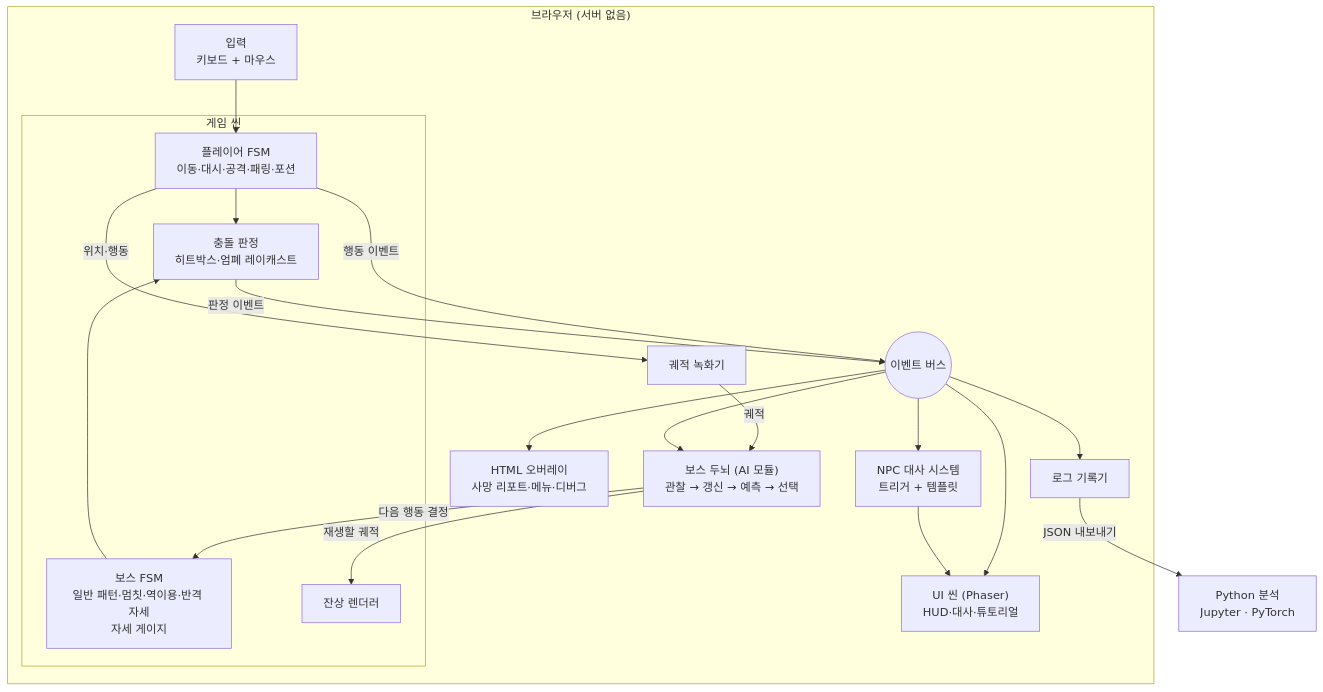
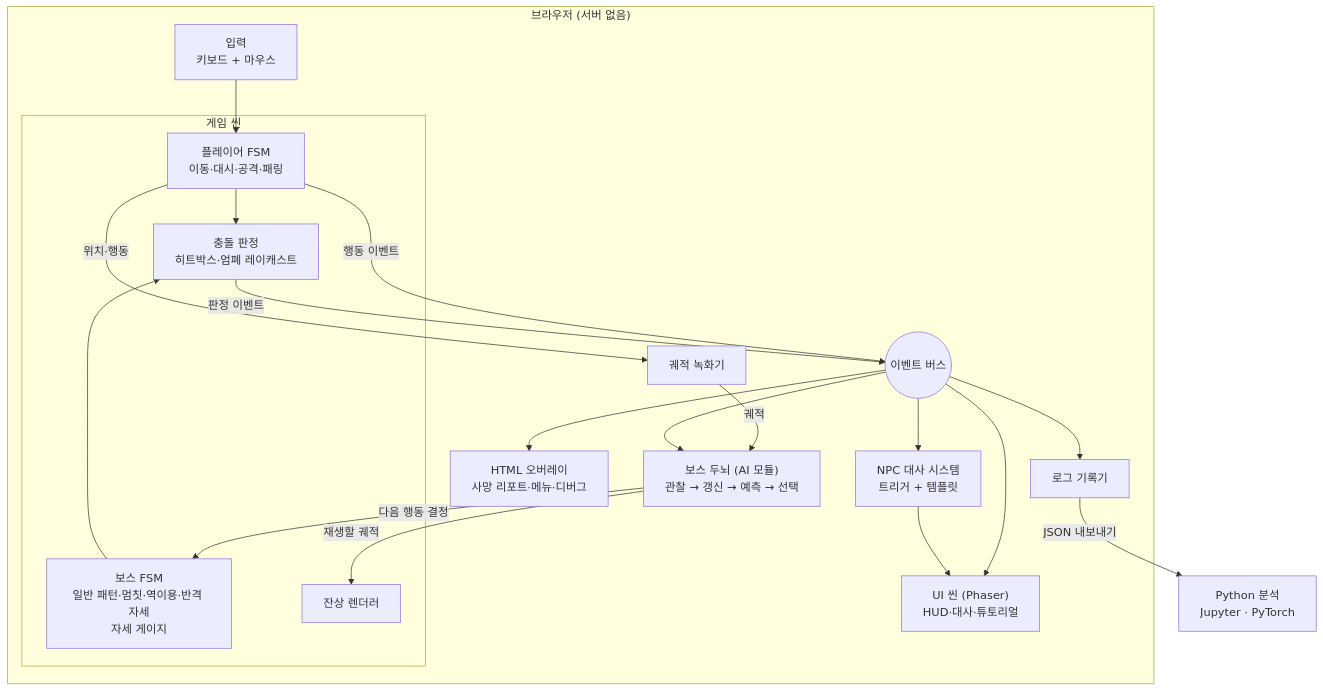
Before and after one commit to gisuk2/read-me-game: the diagram in docs/00_project-plan.md, drawn with Mermaid. The commit also changed other lines of this file and 44 other files, not shown here.

````diff
--- a/docs/00_project-plan.md
+++ b/docs/00_project-plan.md
@@ -250,37 +250,37 @@
 ```mermaid
 flowchart TB
     subgraph Browser["브라우저 (서버 없음)"]
         Input["입력<br/>키보드 + 마우스"]
         subgraph GameScene["게임 씬"]
-            Player["플레이어 FSM<br/>이동·대시·공격·패링·포션"]
+            Player["플레이어 FSM<br/>이동·대시·공격·패링"]
             Boss["보스 FSM<br/>일반 패턴·멈칫·역이용·반격 자세<br/>자세 게이지"]
             Combat["충돌 판정<br/>히트박스·엄폐 레이캐스트"]
             Ghost["잔상 렌더러"]
         end
         Recorder["궤적 녹화기"]
         Brain["보스 두뇌 (AI 모듈)<br/>관찰 → 갱신 → 예측 → 선택"]
         Bus(("이벤트 버스"))
         NPC["NPC 대사 시스템<br/>트리거 + 템플릿"]
         UIScene["UI 씬 (Phaser)<br/>HUD·대사·튜토리얼"]
         Overlay["HTML 오버레이<br/>사망 리포트·메뉴·디버그"]
         Logger["로그 기록기"]
     end
     Analysis["Python 분석<br/>Jupyter · PyTorch"]
 
     Input --> Player
     Player --> Combat
     Boss --> Combat
     Player -- 위치·행동 --> Recorder
     Recorder -- 궤적 --> Brain
     Player -- 행동 이벤트 --> Bus
     Combat -- 판정 이벤트 --> Bus
     Bus --> Brain
     Brain -- 다음 행동 결정 --> Boss
     Brain -- 재생할 궤적 --> Ghost
     Bus --> NPC
     Bus --> UIScene
     Bus --> Overlay
     Bus --> Logger
     NPC --> UIScene
     Logger -- JSON 내보내기 --> Analysis
 ```
````
